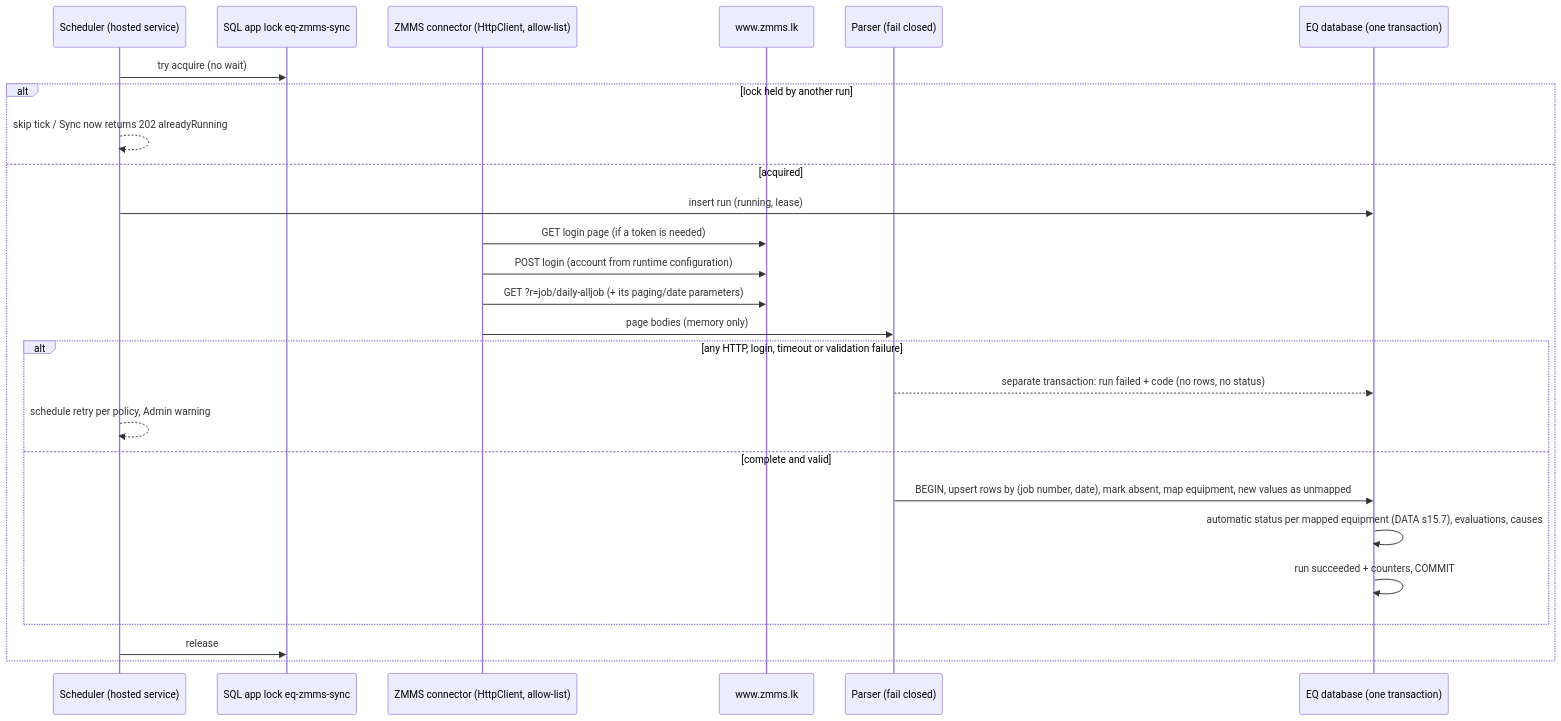
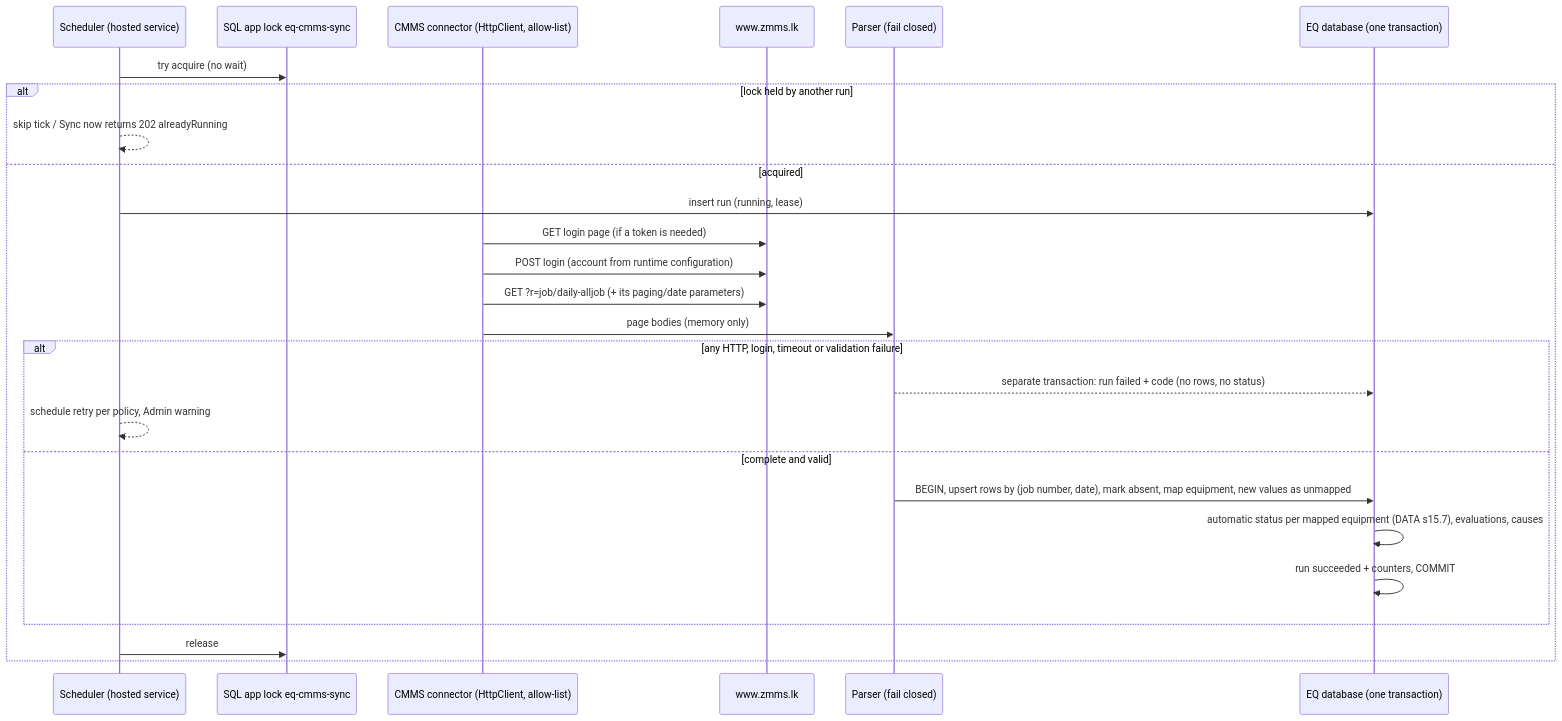
One commit to yhaggalla/EQ_MAINTENANCE changed the fourth of 4 diagrams in docs/ARCHITECTURE.md. Above: the diagram before and after it, drawn with Mermaid. The commit also changed other lines of this file and 95 other files, not shown here.

````diff
--- a/docs/ARCHITECTURE.md
+++ b/docs/ARCHITECTURE.md
@@ -427,28 +427,28 @@
 ```mermaid
 sequenceDiagram
   participant T as Scheduler (hosted service)
-  participant L as SQL app lock eq-zmms-sync
-  participant C as ZMMS connector (HttpClient, allow-list)
+  participant L as SQL app lock eq-cmms-sync
+  participant C as CMMS connector (HttpClient, allow-list)
   participant Z as www.zmms.lk
   participant P as Parser (fail closed)
   participant D as EQ database (one transaction)
   T->>L: try acquire (no wait)
   alt lock held by another run
     T-->>T: skip tick / Sync now returns 202 alreadyRunning
   else acquired
     T->>D: insert run (running, lease)
     C->>Z: GET login page (if a token is needed)
     C->>Z: POST login (account from runtime configuration)
     C->>Z: GET ?r=job/daily-alljob (+ its paging/date parameters)
     C->>P: page bodies (memory only)
     alt any HTTP, login, timeout or validation failure
       P-->>D: separate transaction: run failed + code (no rows, no status)
       T-->>T: schedule retry per policy, Admin warning
     else complete and valid
       P->>D: BEGIN, upsert rows by (job number, date), mark absent, map equipment, new values as unmapped
       D->>D: automatic status per mapped equipment (DATA s15.7), evaluations, causes
       D->>D: run succeeded + counters, COMMIT
     end
     T->>L: release
   end
 ```
````
